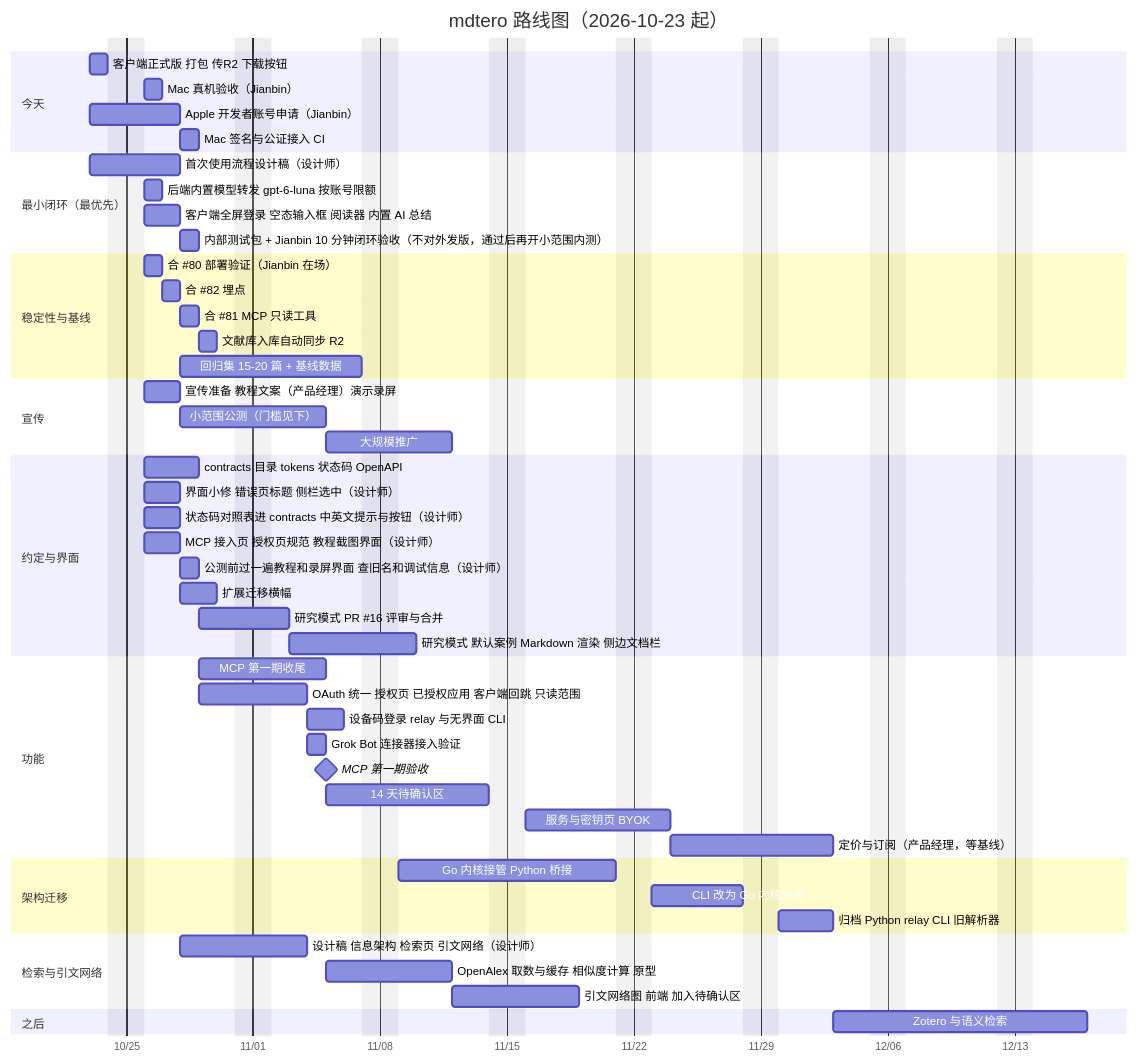
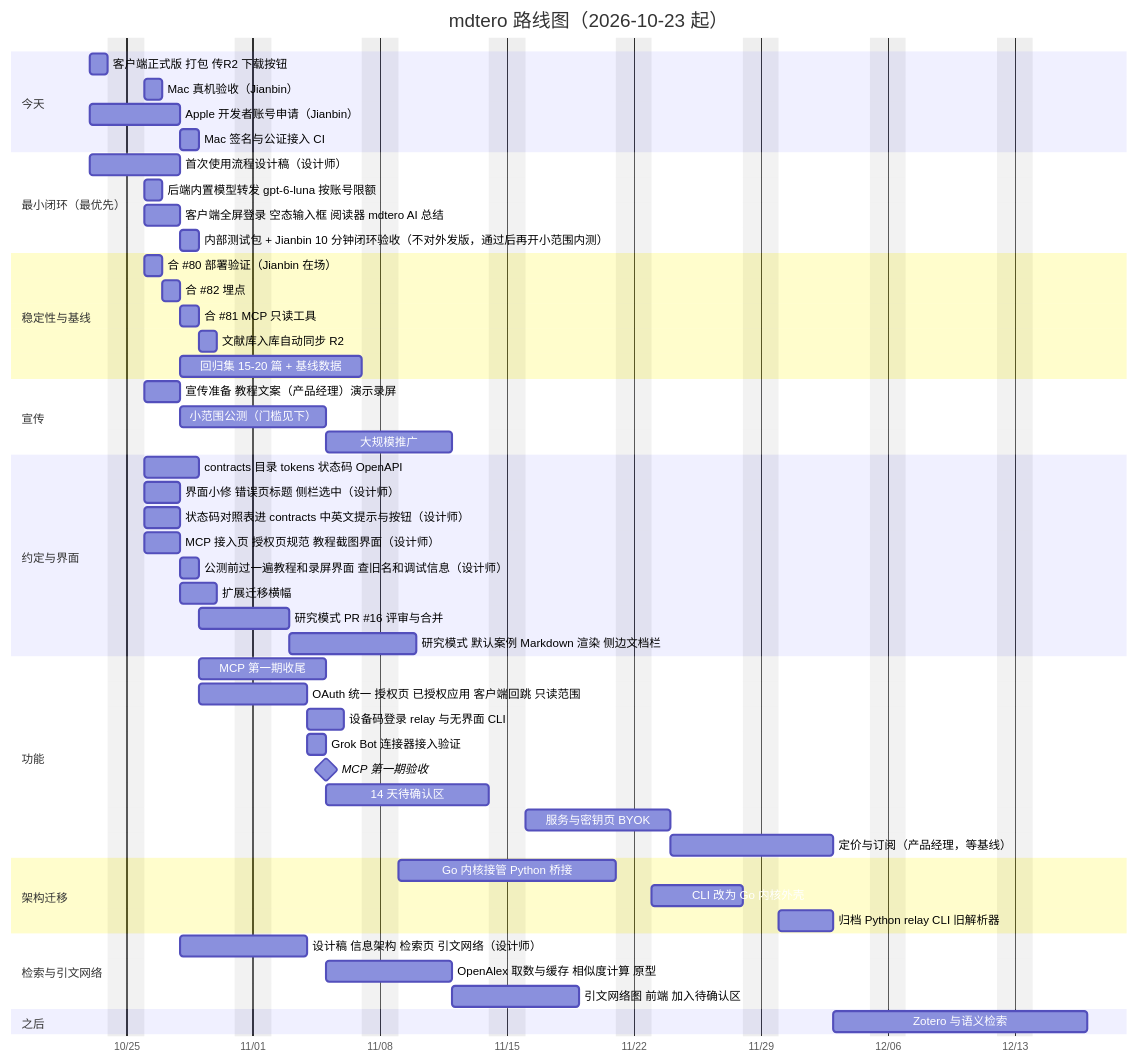
One commit to JonbinC/doi2md changed the diagram in docs/roadmap/gantt.md. Above: the diagram before and after it, drawn with Mermaid.

Commit message:
docs: gantt uses mdtero AI name

````diff
--- a/docs/roadmap/gantt.md
+++ b/docs/roadmap/gantt.md
@@ -2,55 +2,55 @@
 ```mermaid
 gantt
     title mdtero 路线图（2026-10-23 起）
     dateFormat YYYY-MM-DD
     axisFormat %m/%d
     excludes weekends
     section 今天
     客户端正式版 打包 传R2 下载按钮      :a1, 2026-10-23, 1d
     Mac 真机验收（Jianbin）               :a2, after a1, 1d
     Apple 开发者账号申请（Jianbin）       :a3, 2026-10-23, 3d
     Mac 签名与公证接入 CI                 :a4, after a3, 1d
     section 最小闭环（最优先）
     首次使用流程设计稿（设计师）           :m1, 2026-10-23, 3d
     后端内置模型转发 gpt-6-luna 按账号限额  :m2, 2026-10-26, 1d
-    客户端全屏登录 空态输入框 阅读器 内置 AI 总结 :m3, 2026-10-26, 2d
+    客户端全屏登录 空态输入框 阅读器 mdtero AI 总结 :m3, 2026-10-26, 2d
     内部测试包 + Jianbin 10 分钟闭环验收（不对外发版，通过后再开小范围内测） :m4, after m3, 1d
     section 稳定性与基线
     合 #80 部署验证（Jianbin 在场）        :b1, 2026-10-26, 1d
     合 #82 埋点                           :b2, after b1, 1d
     合 #81 MCP 只读工具                   :b3, after b2, 1d
     文献库入库自动同步 R2                  :b5, after b3, 1d
     回归集 15-20 篇 + 基线数据             :b4, after b2, 8d
     section 宣传
     宣传准备 教程文案（产品经理）演示录屏    :p1, 2026-10-26, 2d
     小范围公测（门槛见下）                 :p2, 2026-10-28, 6d
     大规模推广                            :p3, after d4, 5d
     section 约定与界面
     contracts 目录 tokens 状态码 OpenAPI  :c1, 2026-10-26, 3d
     界面小修 错误页标题 侧栏选中（设计师） :c2, 2026-10-26, 2d
     状态码对照表进 contracts 中英文提示与按钮（设计师） :c5, 2026-10-26, 2d
     MCP 接入页 授权页规范 教程截图界面（设计师） :c6, 2026-10-26, 2d
     公测前过一遍教程和录屏界面 查旧名和调试信息（设计师） :c7, after c6, 1d
     扩展迁移横幅                          :c4, 2026-10-28, 2d
     研究模式 PR #16 评审与合并             :c3, after c1, 3d
     研究模式 默认案例 Markdown 渲染 侧边文档栏 :c8, after c3, 5d
     section 功能
     MCP 第一期收尾                         :d1, after b3, 5d
     OAuth 统一 授权页 已授权应用 客户端回跳 只读范围 :o1, after b3, 4d
     设备码登录 relay 与无界面 CLI               :o2, after o1, 2d
     Grok Bot 连接器接入验证                    :g1, after o1, 1d
     MCP 第一期验收                         :milestone, d4, after d1 o1 g1 a4, 0d
     14 天待确认区                          :d2, after d4, 7d
     服务与密钥页 BYOK                      :d3, after d2, 6d
     定价与订阅（产品经理，等基线）          :d5, after d3, 7d
     section 架构迁移
     Go 内核接管 Python 桥接                :e1, 2026-11-09, 10d
     CLI 改为 Go 内核外壳                   :e2, after e1, 5d
     归档 Python relay CLI 旧解析器         :e3, after e2, 3d
     section 检索与引文网络
     设计稿 信息架构 检索页 引文网络（设计师） :s1, 2026-10-28, 5d
     OpenAlex 取数与缓存 相似度计算 原型       :s2, after d4, 5d
     引文网络图 前端 加入待确认区               :s3, after s2, 5d
     section 之后
     Zotero 与语义检索                      :f1, after d5, 10d
 ```
````
